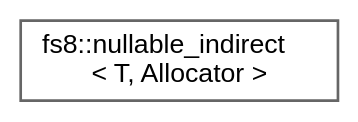
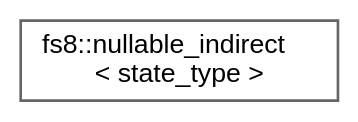
Before and after one commit to the-moisrex/foresight: the diagram in api/inherit_graph_102.dot, drawn with Graphviz. The commit also changed 120 other files, not shown here.

```diff
--- a/api/inherit_graph_102.dot
+++ b/api/inherit_graph_102.dot
@@ -1,9 +1,9 @@
 digraph "Graphical Class Hierarchy"
 {
  // LATEX_PDF_SIZE
   bgcolor="transparent";
   edge [fontname=Helvetica,fontsize=10,labelfontname=Helvetica,labelfontsize=10];
   node [fontname=Helvetica,fontsize=10,shape=box,height=0.2,width=0.4];
   rankdir="LR";
-  Node0 [id="Node000000",label="fs8::nullable_indirect\l\< T, Allocator \>",height=0.2,width=0.4,color="grey40", fillcolor="white", style="filled",URL="$structfs8_1_1nullable__indirect.html",tooltip=" "];
+  Node0 [id="Node000000",label="fs8::nullable_indirect\l\< state_type \>",height=0.2,width=0.4,color="grey40", fillcolor="white", style="filled",URL="$structfs8_1_1nullable__indirect.html",tooltip=" "];
 }
```
